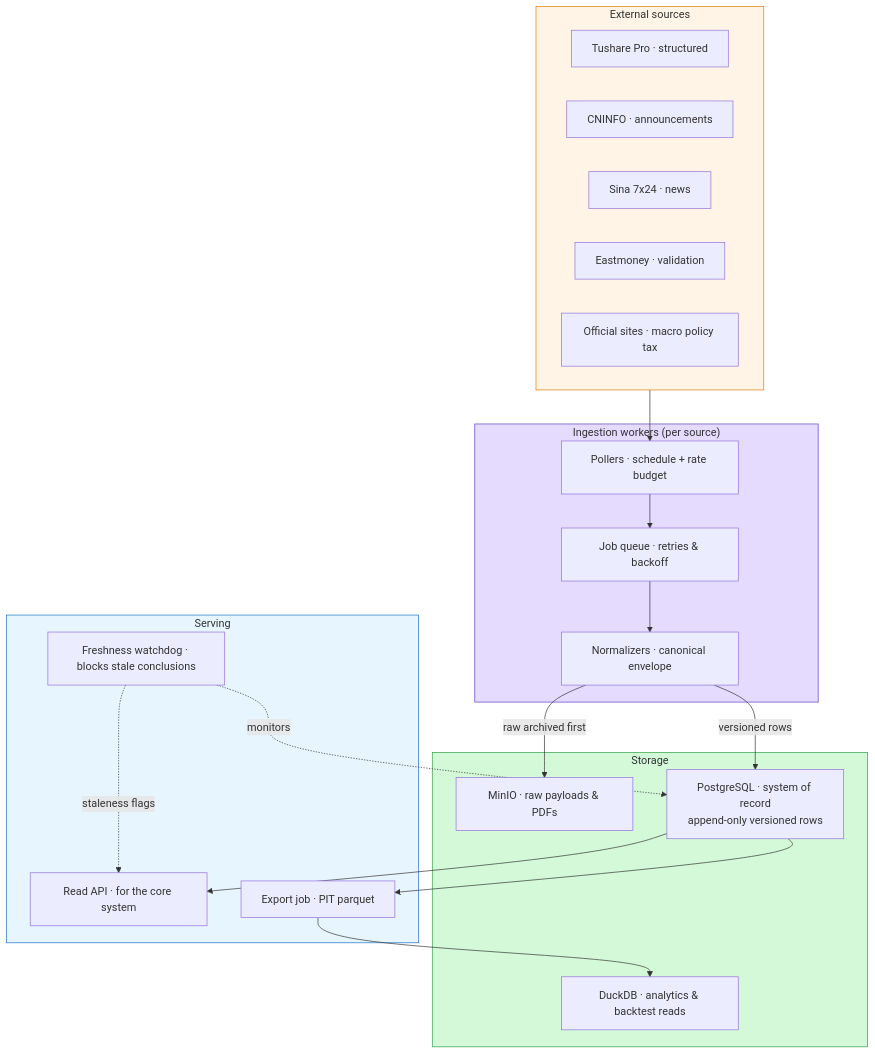
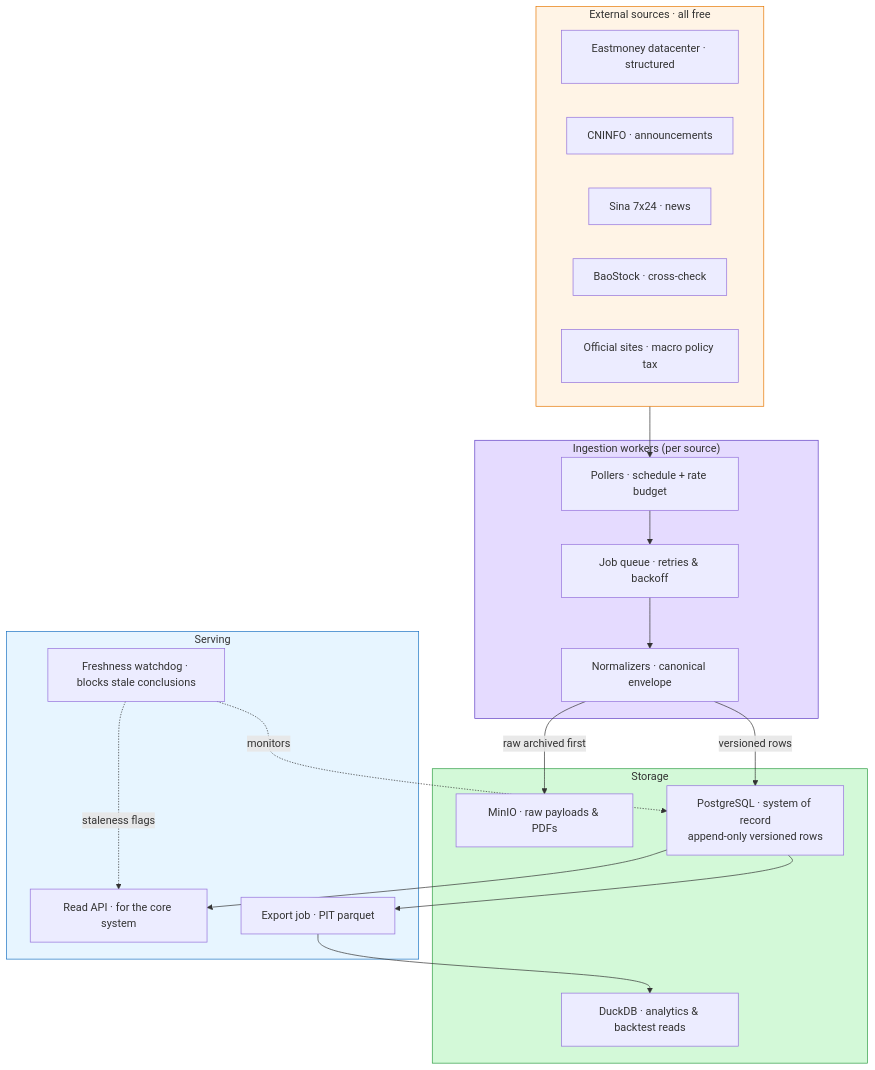
Before and after one commit to CyberNonlinearHumanoidMaiden2501/Autonomous-Agentic-Financial-Policy-System: the diagram in docs/data-foundation-plan.md, drawn with Mermaid. The commit also changed other lines of this file, not shown here.

First line of the commit message:
docs: revise data foundation plan to free-only sources

````diff
--- a/docs/data-foundation-plan.md
+++ b/docs/data-foundation-plan.md
@@ -177,44 +191,44 @@
 ```mermaid
 flowchart TB
-    subgraph src["External sources"]
-        TS["Tushare Pro · structured"]
+    subgraph src["External sources · all free"]
+        EM["Eastmoney datacenter · structured"]
         CN["CNINFO · announcements"]
         SN["Sina 7x24 · news"]
-        EM["Eastmoney · validation"]
+        BS["BaoStock · cross-check"]
         OF["Official sites · macro policy tax"]
     end
     subgraph ing["Ingestion workers (per source)"]
         P1["Pollers · schedule + rate budget"]
         Q1["Job queue · retries & backoff"]
         N1["Normalizers · canonical envelope"]
     end
     subgraph st["Storage"]
         RAW["MinIO · raw payloads & PDFs"]
         PG["PostgreSQL · system of record<br/>append-only versioned rows"]
         DK["DuckDB · analytics & backtest reads"]
     end
     subgraph svc["Serving"]
         API["Read API · for the core system"]
         WD["Freshness watchdog · blocks stale conclusions"]
         XP["Export job · PIT parquet"]
     end
     src --> P1
     P1 --> Q1
     Q1 --> N1
     N1 -->|"raw archived first"| RAW
     N1 -->|"versioned rows"| PG
     PG --> XP
     XP --> DK
     PG --> API
     WD -.->|"staleness flags"| API
     WD -.->|"monitors"| PG
 
     classDef ext fill:#fff4e6,stroke:#e67700
     classDef ing fill:#e5dbff,stroke:#5f3dc4
     classDef st fill:#d3f9d8,stroke:#2f9e44
     classDef svc fill:#e7f5ff,stroke:#1971c2
     class src ext
     class ing ing
     class st st
     class svc svc
 ```
````
